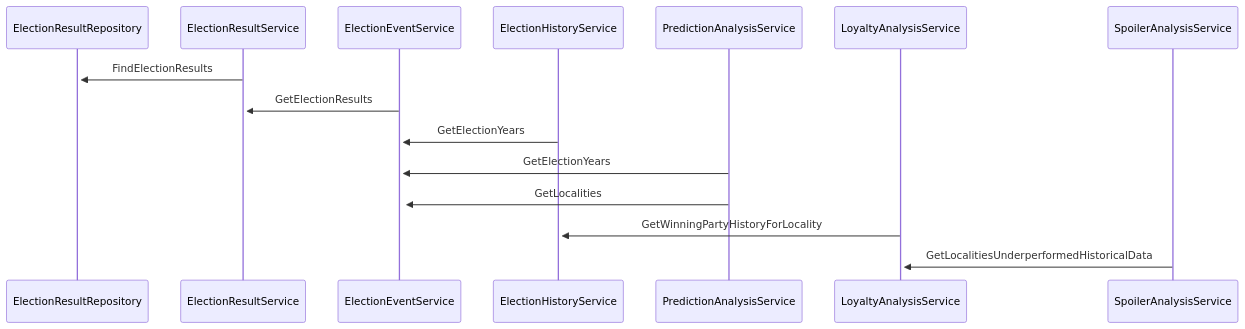
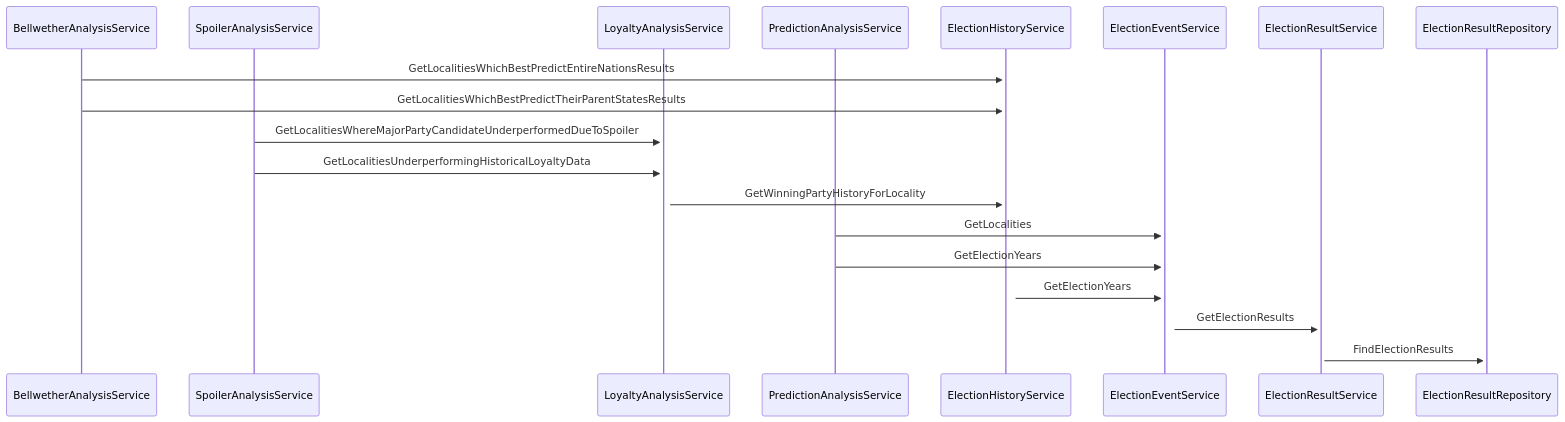
Before and after one commit to DrewStern/election-analysis: the diagram in docs/arch/input/sequence_diagram.mmd, drawn with Mermaid. The commit also changed 8 other files, not shown here.

Commit message:
create TimespaceReducerService (no tests implemented); update arch docs and run-mermaid script

````diff
--- a/docs/arch/input/sequence_diagram.mmd
+++ b/docs/arch/input/sequence_diagram.mmd
@@ -1,18 +1,22 @@
 ```mermaid
 sequenceDiagram
+    participant BWAS as BellwetherAnalysisService
+    participant SAS as SpoilerAnalysisService
+    participant LAS as LoyaltyAnalysisService
+    participant PAS as PredictionAnalysisService
+    participant EHS as ElectionHistoryService
+    participant EES as ElectionEventService
+    participant ERS as ElectionResultService
     participant ERR as ElectionResultRepository
-    participant ERS as ElectionResultService
-    participant EES as ElectionEventService
-    participant EHS as ElectionHistoryService
-    participant PAS as PredictionAnalysisService
-    participant LAS as LoyaltyAnalysisService
-    participant SAS as SpoilerAnalysisService
 
+    BWAS->>+EHS: GetLocalitiesWhichBestPredictEntireNationsResults
+    BWAS->>+EHS: GetLocalitiesWhichBestPredictTheirParentStatesResults
+    SAS->>+LAS: GetLocalitiesWhereMajorPartyCandidateUnderperformedDueToSpoiler
+    SAS->>+LAS: GetLocalitiesUnderperformingHistoricalLoyaltyData
+    LAS->>+EHS: GetWinningPartyHistoryForLocality
+    PAS->>+EES: GetLocalities
+    PAS->>+EES: GetElectionYears
+    EHS->>+EES: GetElectionYears
+    EES->>+ERS: GetElectionResults
     ERS->>+ERR: FindElectionResults
-    EES->>+ERS: GetElectionResults
-    EHS->>+EES: GetElectionYears
-    PAS->>+EES: GetElectionYears
-    PAS->>+EES: GetLocalities
-    LAS->>+EHS: GetWinningPartyHistoryForLocality
-    SAS->>+LAS: GetLocalitiesUnderperformedHistoricalData
 ```
````
